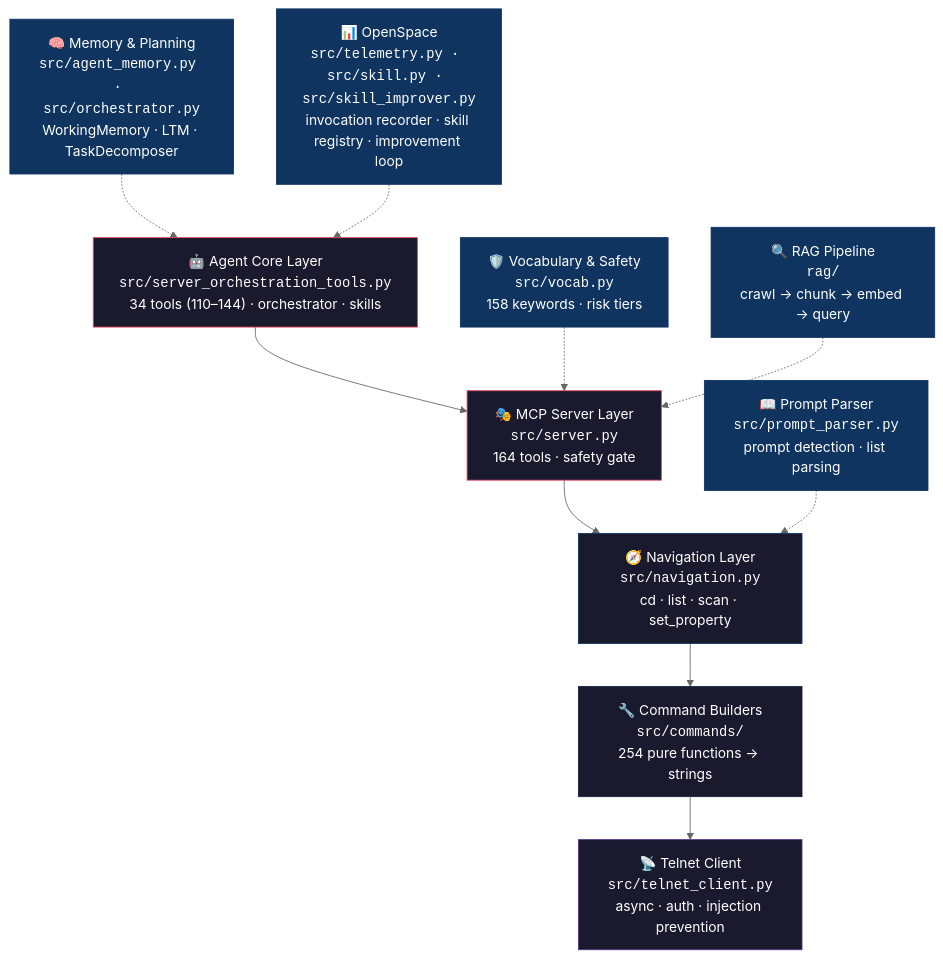
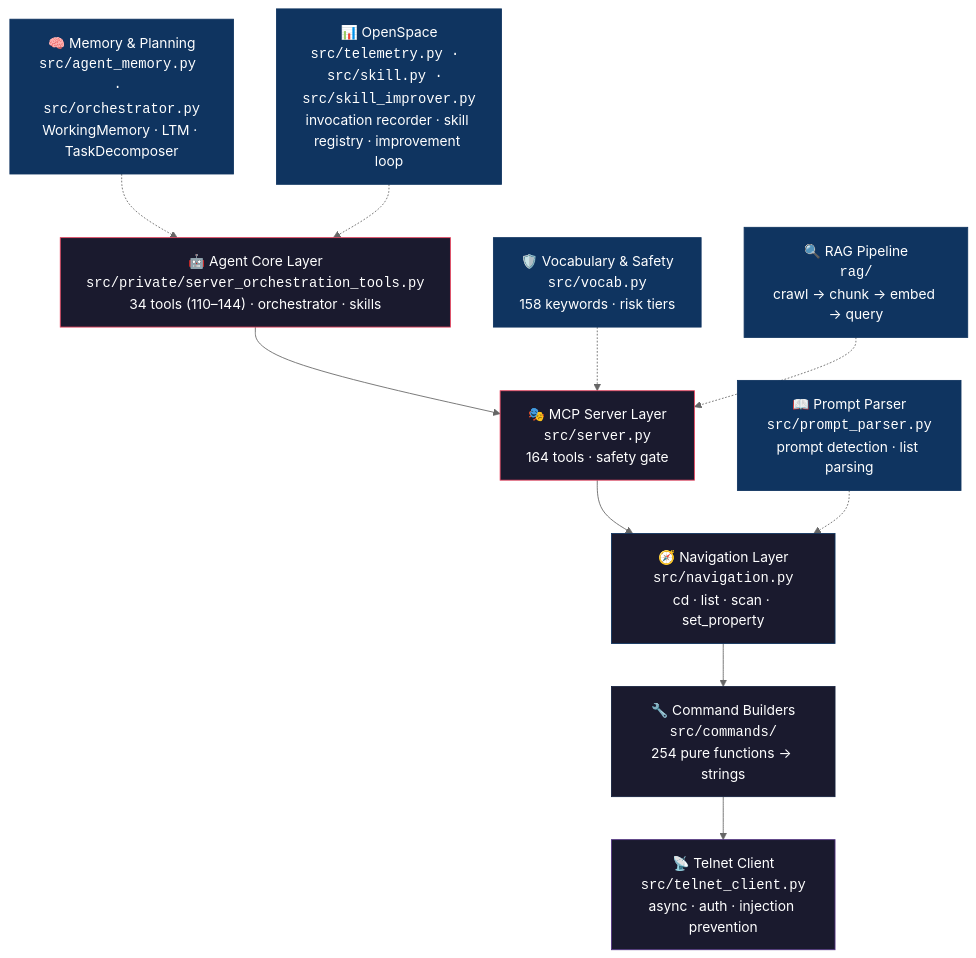
The first of 2 diagrams in README.md (thisis-romar/ma2-onPC-MCP), drawn with Mermaid (neutral theme) before and after one commit. The commit also changed other lines of this file and 18 other files, not shown here.

First line of the commit message:
feat: move paid-tier tools to src/private/ for git submodule split

````diff
--- a/README.md
+++ b/README.md
@@ -71,25 +71,25 @@
 ```mermaid
 graph TD
-    H["🤖 Agent Core Layer<br/><code>src/server_orchestration_tools.py</code><br/>34 tools (110–144) · orchestrator · skills"] --> A
+    H["🤖 Agent Core Layer<br/><code>src/private/server_orchestration_tools.py</code><br/>34 tools (110–144) · orchestrator · skills"] --> A
     A["🎭 MCP Server Layer<br/><code>src/server.py</code><br/>164 tools · safety gate"] --> B
     B["🧭 Navigation Layer<br/><code>src/navigation.py</code><br/>cd · list · scan · set_property"] --> C
     C["🔧 Command Builders<br/><code>src/commands/</code><br/>254 pure functions → strings"] --> D
     D["📡 Telnet Client<br/><code>src/telnet_client.py</code><br/>async · auth · injection prevention"]
 
     E["📖 Prompt Parser<br/><code>src/prompt_parser.py</code><br/>prompt detection · list parsing"] -.-> B
     F["🛡️ Vocabulary & Safety<br/><code>src/vocab.py</code><br/>158 keywords · risk tiers"] -.-> A
     G["🔍 RAG Pipeline<br/><code>rag/</code><br/>crawl → chunk → embed → query"] -.-> A
     I["🧠 Memory & Planning<br/><code>src/agent_memory.py · src/orchestrator.py</code><br/>WorkingMemory · LTM · TaskDecomposer"] -.-> H
     J["📊 OpenSpace<br/><code>src/telemetry.py · src/skill.py · src/skill_improver.py</code><br/>invocation recorder · skill registry · improvement loop"] -.-> H
 
     style H fill:#1a1a2e,stroke:#e94560,color:#fff
     style A fill:#1a1a2e,stroke:#e94560,color:#fff
     style B fill:#1a1a2e,stroke:#0f3460,color:#fff
     style C fill:#1a1a2e,stroke:#16213e,color:#fff
     style D fill:#1a1a2e,stroke:#533483,color:#fff
     style E fill:#0f3460,stroke:#0f3460,color:#fff
     style F fill:#0f3460,stroke:#0f3460,color:#fff
     style G fill:#0f3460,stroke:#0f3460,color:#fff
     style I fill:#0f3460,stroke:#0f3460,color:#fff
     style J fill:#0f3460,stroke:#0f3460,color:#fff
 ```
````
